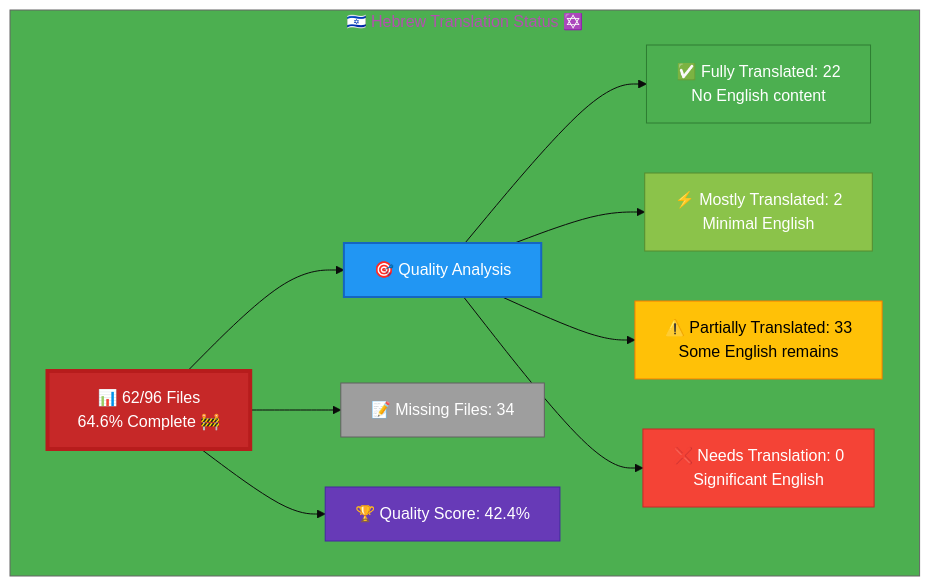
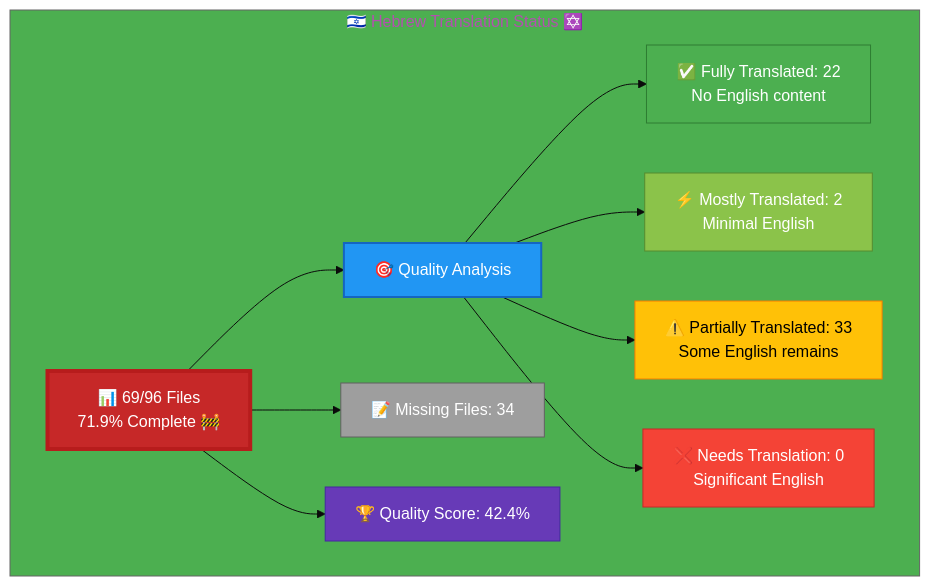
One commit to Hack23/homepage changed the diagram in Hebrew-Translation-Status.md. Above: the diagram before and after it, drawn with Mermaid. The commit also changed other lines of this file, not shown here.

````diff
--- a/Hebrew-Translation-Status.md
+++ b/Hebrew-Translation-Status.md
@@ -13,26 +13,26 @@
 ```mermaid
 %%{init: {'theme':'base', 'themeVariables': {'primaryColor':'#C62828','secondaryColor':'#2196F3','tertiaryColor':'#4CAF50','fontSize':'16px'}}}%%
 graph TB
     subgraph "🇮🇱 Hebrew Translation Status ✡️"
-        A["📊 62/96 Files<br/>64.6% Complete 🚧"]
+        A["📊 69/96 Files<br/>71.9% Complete 🚧"]
         
         A --> B["🎯 Quality Analysis"]
         B --> C["✅ Fully Translated: 22<br/>No English content"]
         B --> D["⚡ Mostly Translated: 2<br/>Minimal English"]
         B --> E["⚠️  Partially Translated: 33<br/>Some English remains"]
         B --> F["❌ Needs Translation: 0<br/>Significant English"]
         
         A --> G["📝 Missing Files: 34"]
         
         A --> H["🏆 Quality Score: 42.4%"]
         
         style A fill:#C62828,stroke:#B71C1C,color:#fff,stroke-width:4px
         style B fill:#2196F3,stroke:#1565C0,color:#fff,stroke-width:2px
         style C fill:#4CAF50,stroke:#2E7D32,color:#fff
         style D fill:#8BC34A,stroke:#558B2F,color:#fff
         style E fill:#FFC107,stroke:#F57C00,color:#000
         style F fill:#F44336,stroke:#C62828,color:#fff
         style G fill:#9E9E9E,stroke:#616161,color:#fff
         style H fill:#673AB7,stroke:#4527A0,color:#fff
     end
 ```
````
